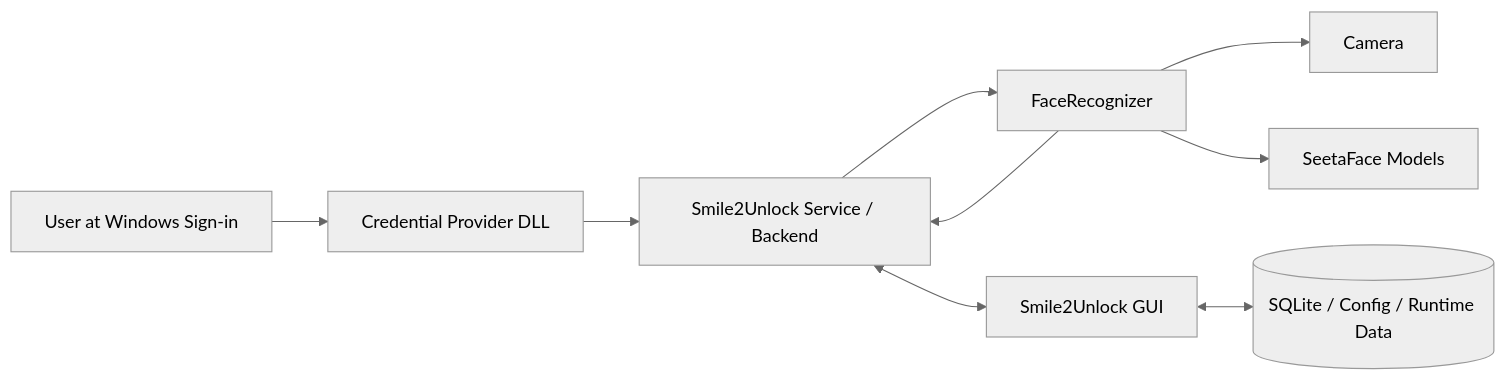
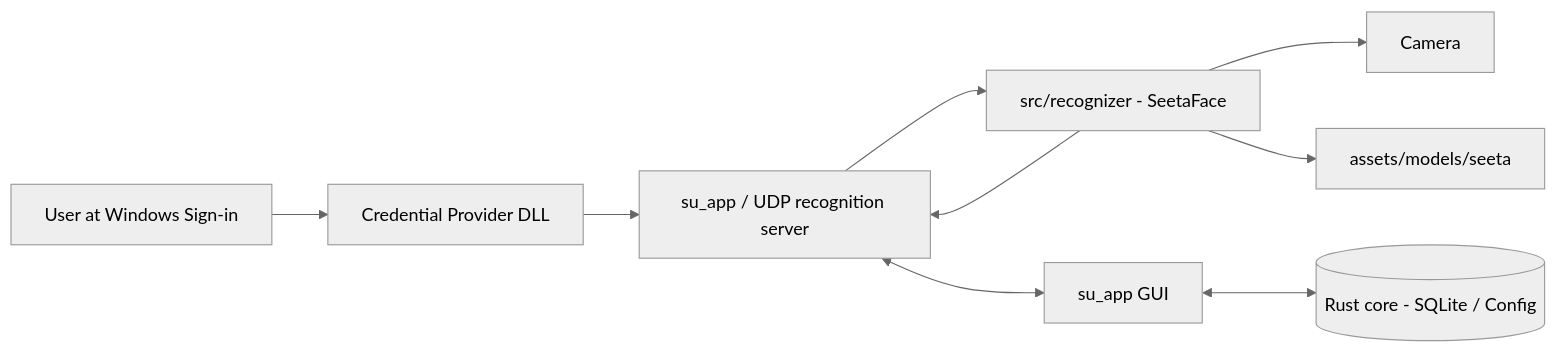
Before and after one commit to Smile2Unlock/Smile2Unlock_v2: the first of 3 diagrams in README.md, drawn with Mermaid (neutral theme). The commit also changed other lines of this file and 87 other files, not shown here.

````diff
--- a/README.md
+++ b/README.md
@@ -87,11 +85,11 @@
 ```mermaid
 flowchart LR
     U[User at Windows Sign-in] --> CP[Credential Provider DLL]
-    CP --> S[Smile2Unlock Service / Backend]
-    S --> FR[FaceRecognizer]
-    S <--> GUI[Smile2Unlock GUI]
-    GUI <--> DB[(SQLite / Config / Runtime Data)]
-    FR --> CAM[Camera]
-    FR --> MODEL[SeetaFace Models]
-    FR --> S
+    CP --> S[su_app / UDP recognition server]
+    S --> R[src/recognizer - SeetaFace]
+    S <--> GUI[su_app GUI]
+    GUI <--> CORE[(Rust core - SQLite / Config)]
+    R --> CAM[Camera]
+    R --> MODEL[assets/models/seeta]
+    R --> S
 ```
````
